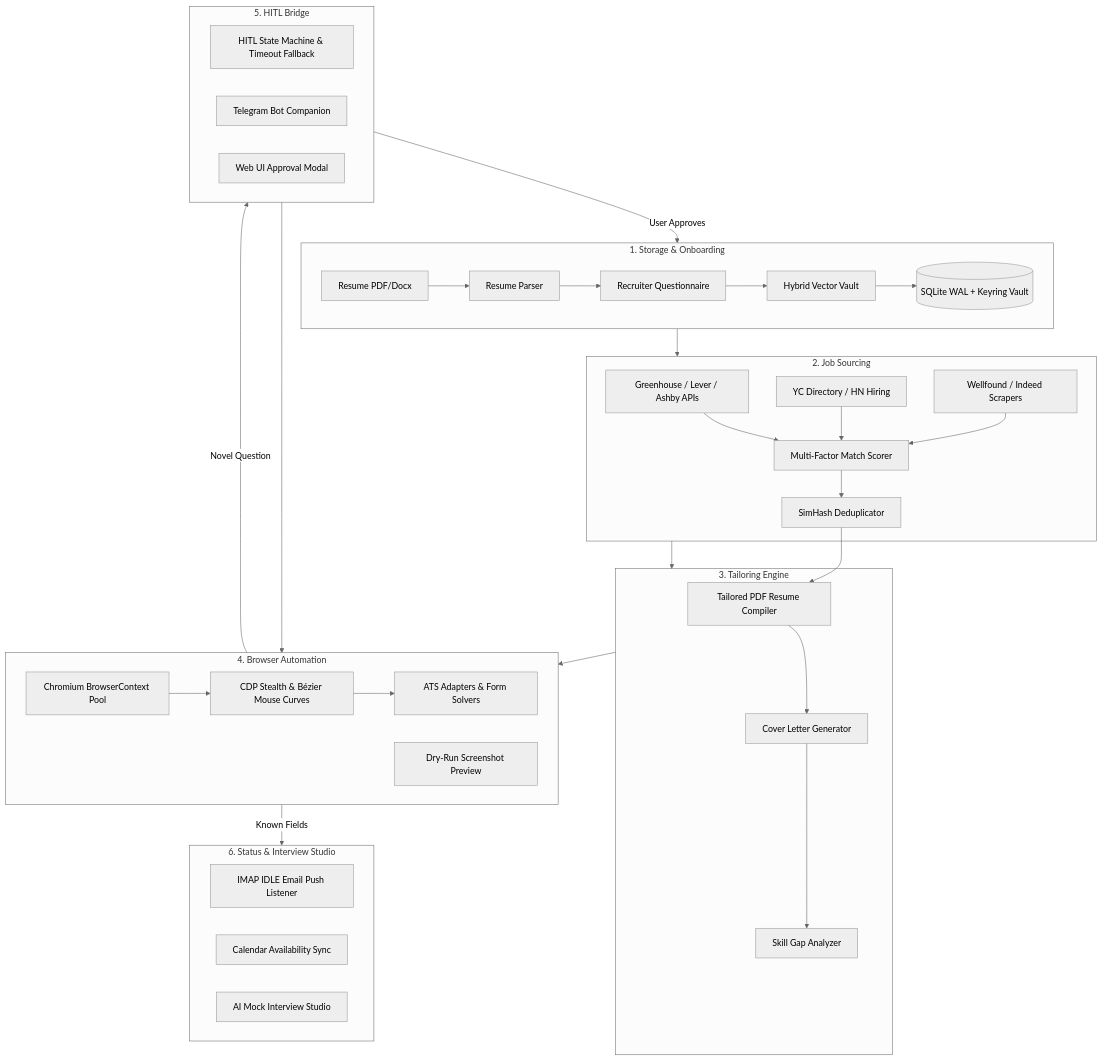
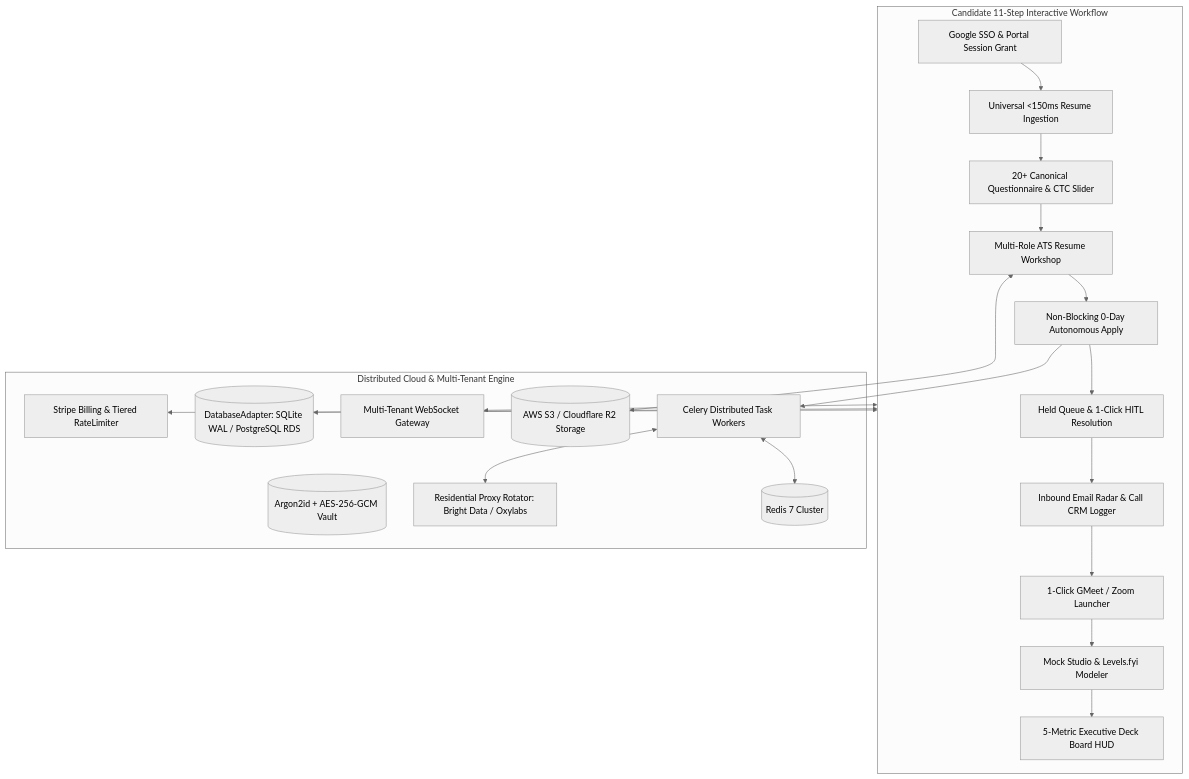
The diagram in README.md (satyajit7018/JobCopilot), drawn with Mermaid (neutral theme) before and after one commit. The commit also changed other lines of this file, not shown here.

````diff
--- a/README.md
+++ b/README.md
@@ -26,49 +16,33 @@
 ```mermaid
 flowchart TD
-    subgraph Storage [1. Storage & Onboarding]
-        A[Resume PDF/Docx] --> B[Resume Parser]
-        B --> C[Recruiter Questionnaire]
-        C --> D[Hybrid Vector Vault]
-        D --> DB[(SQLite WAL + Keyring Vault)]
+    subgraph CandidateJourney [Candidate 11-Step Interactive Workflow]
+        A[Google SSO & Portal Session Grant] --> B[Universal <150ms Resume Ingestion]
+        B --> C[20+ Canonical Questionnaire & CTC Slider]
+        C --> D[Multi-Role ATS Resume Workshop]
+        D --> E[Non-Blocking 0-Day Autonomous Apply]
+        E --> F[Held Queue & 1-Click HITL Resolution]
+        F --> G[Inbound Email Radar & Call CRM Logger]
+        G --> H[1-Click GMeet / Zoom Launcher]
+        H --> I[Mock Studio & Levels.fyi Modeler]
+        I --> J[5-Metric Executive Deck Board HUD]
     end
 
-    subgraph Discovery [2. Job Sourcing]
-        D1[Greenhouse / Lever / Ashby APIs]
-        D2[YC Directory / HN Hiring]
-        D3[Wellfound / Indeed Scrapers]
-        D1 & D2 & D3 --> Scorer[Multi-Factor Match Scorer]
-        Scorer --> Dedup[SimHash Deduplicator]
+    subgraph DistributedSaaS [Distributed Cloud & Multi-Tenant Engine]
+        DB[(DatabaseAdapter: SQLite WAL / PostgreSQL RDS)]
+        Vault[(Argon2id + AES-256-GCM Vault)]
+        Redis[(Redis 7 Cluster)]
+        CeleryWorker[Celery Distributed Task Workers]
+        S3Storage[(AWS S3 / Cloudflare R2 Storage)]
+        ProxyPool[Residential Proxy Rotator: Bright Data / Oxylabs]
+        WSGateway[Multi-Tenant WebSocket Gateway]
+        StripeGateway[Stripe Billing & Tiered RateLimiter]
     end
 
-    subgraph Tailoring [3. Tailoring Engine]
-        Dedup --> Tailor[Tailored PDF Resume Compiler]
-        Tailor --> CoverLetter[Cover Letter Generator]
-        CoverLetter --> SkillGap[Skill Gap Analyzer]
-    end
-
-    subgraph Execution [4. Browser Automation]
-        ContextPool[Chromium BrowserContext Pool]
-        StealthCDP[CDP Stealth & Bézier Mouse Curves]
-        Adapters[ATS Adapters & Form Solvers]
-        DryRun[Dry-Run Screenshot Preview]
-        ContextPool --> StealthCDP --> Adapters
-    end
-
-    subgraph HITL [5. HITL Bridge]
-        HITLFSM[HITL State Machine & Timeout Fallback]
-        Telegram[Telegram Bot Companion]
-        WebAlert[Web UI Approval Modal]
-    end
-
-    subgraph Tracking [6. Status & Interview Studio]
-        IMAP[IMAP IDLE Email Push Listener]
-        Calendar[Calendar Availability Sync]
-        MockStudio[AI Mock Interview Studio]
-    end
-
-    Storage --> Discovery --> Tailoring --> Execution
-    Execution -->|Known Fields| Tracking
-    Execution -->|Novel Question| HITL
-    HITL -->|User Approves| Storage
-    HITL --> Execution
+    CandidateJourney <--> WSGateway
+    CandidateJourney <--> DB
+    E --> CeleryWorker
+    CeleryWorker <--> Redis
+    CeleryWorker <--> ProxyPool
+    D <--> S3Storage
+    CandidateJourney <--> StripeGateway
 ```
````
